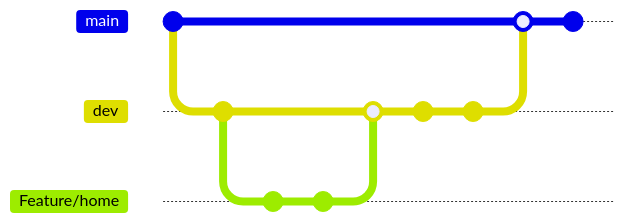
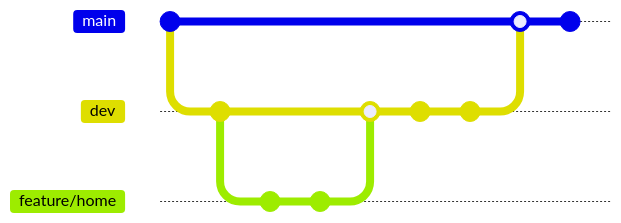
One commit to APP-iOS2/final-pico changed the diagram in README.md. Above: the diagram before and after it, drawn with Mermaid. Commit ids are hidden.

````diff
--- a/README.md
+++ b/README.md
@@ -4,19 +4,19 @@
 ```mermaid
 gitGraph
     commit id: "MAIN"
     branch dev
     checkout dev
     commit id: "Dev"
-    branch Feature/home
-    checkout Feature/home
+    branch feature/home
+    checkout feature/home
     commit id: "${name}-${taskA}"
     commit id: "${name}-${taskB}"
     checkout dev
-    merge Feature/home
+    merge feature/home
     commit
     commit
     checkout main
     merge dev
     commit id: "Deploy"
     
 ```
````
